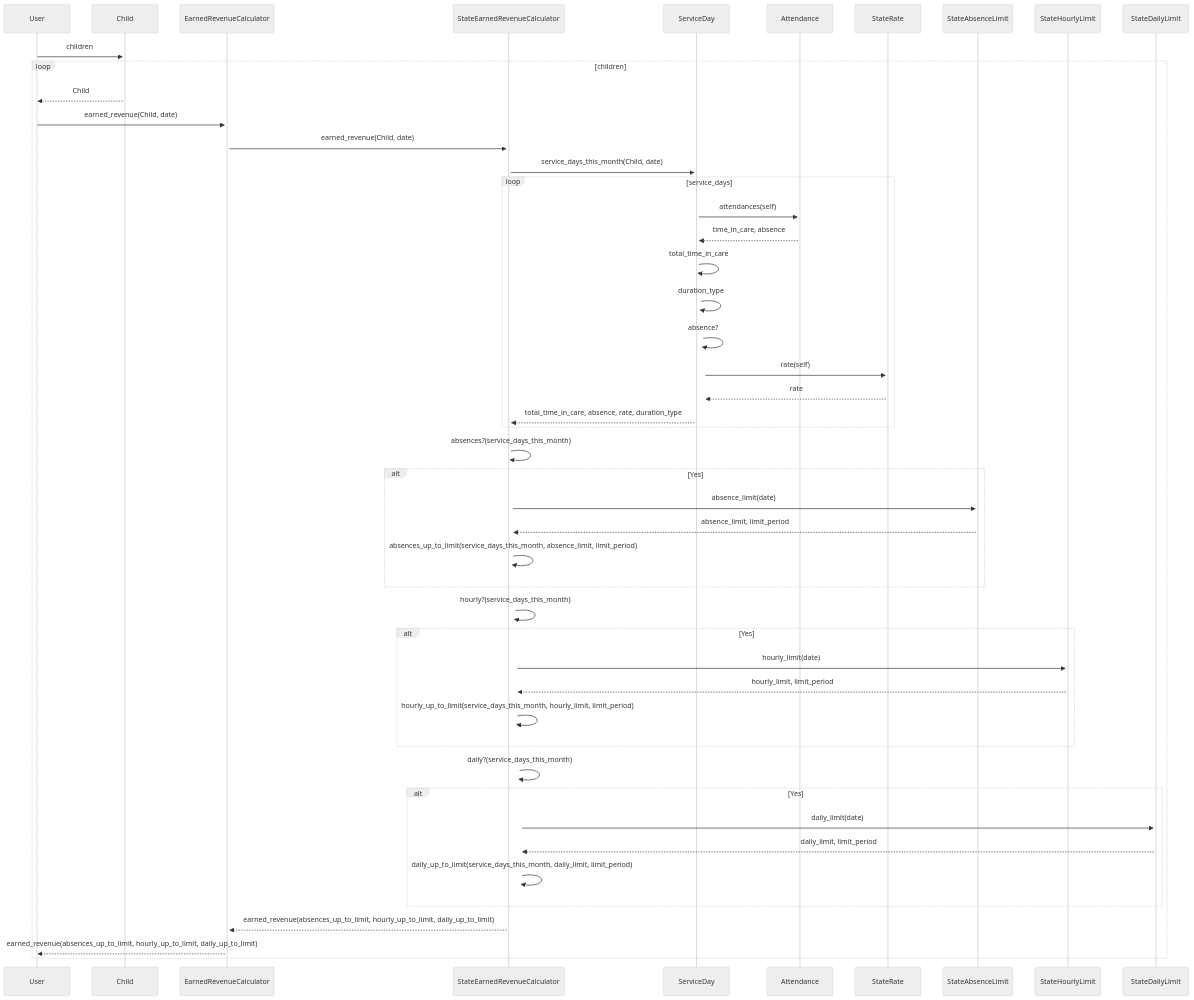
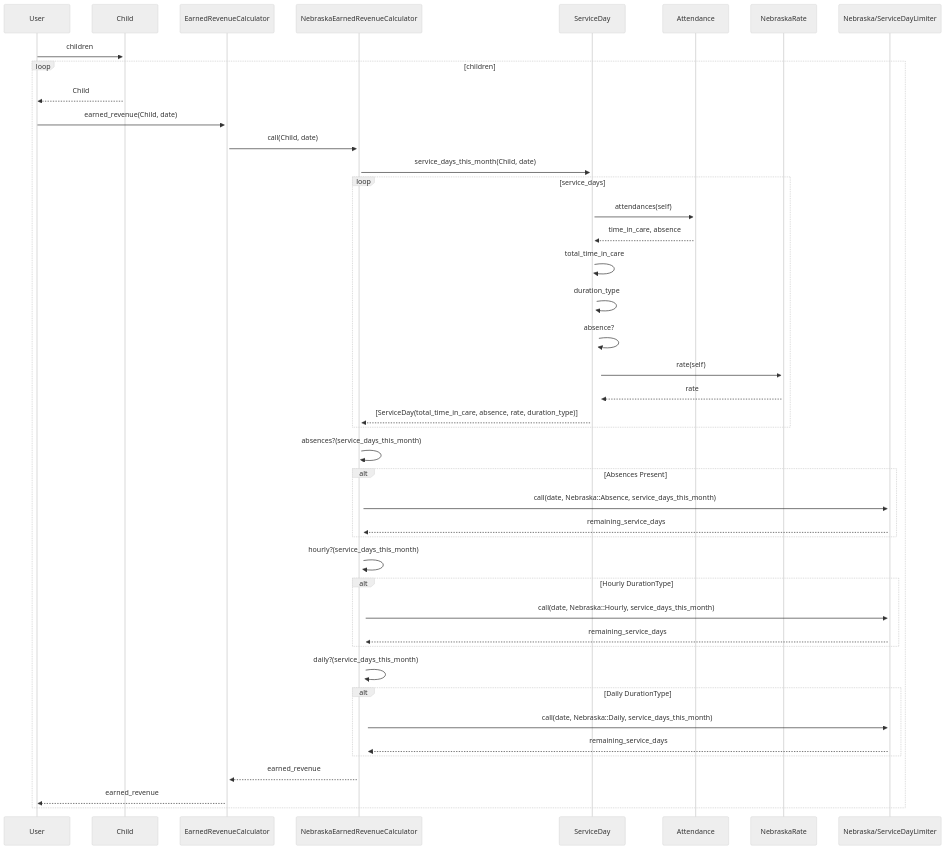
One commit to pieforproviders/pieforproviders changed the diagram in docs/diagrams/nebraska/earned_revenue/sequence.mmd. Above: the diagram before and after it, drawn with Mermaid (neutral theme). The commit also changed 10 other files, not shown here.

Commit message:
Adds Nebraska Limit table and Absence inherited limit

```diff
--- a/docs/diagrams/nebraska/earned_revenue/sequence.mmd
+++ b/docs/diagrams/nebraska/earned_revenue/sequence.mmd
@@ -1,51 +1,45 @@
 sequenceDiagram
-    %% All "State" prefixed classes will belong to a State and will be named [State]Class in order to differentiate, because the logic and data may be different between states e.g. NebraskaDurationLimit, etc.
-
     %% User loops children to request earned revenue for each
     User->>+Child: children
     loop children
       Child-->>User: Child
       %% User requests earned_revenue for each child
       User->>+EarnedRevenueCalculator: earned_revenue(Child, date)
       
-      %% EarnedRevenueCalculator determines the right [State]EarnedRevenueCalculator
+      %% EarnedRevenueCalculator determines the right [Nebraska]EarnedRevenueCalculator
       %% based on the User's state, then requests earned_revenue for each child
-      EarnedRevenueCalculator->>+StateEarnedRevenueCalculator: earned_revenue(Child, date)
+      EarnedRevenueCalculator->>+NebraskaEarnedRevenueCalculator: call(Child, date)
 
-      StateEarnedRevenueCalculator->>+ServiceDay: service_days_this_month(Child, date)
+      NebraskaEarnedRevenueCalculator->>+ServiceDay: service_days_this_month(Child, date)
       loop service_days
         ServiceDay->>+Attendance: attendances(self)
         Attendance-->>ServiceDay: time_in_care, absence
         ServiceDay->>+ServiceDay: total_time_in_care
         ServiceDay->>+ServiceDay: duration_type
         ServiceDay->>+ServiceDay: absence?
-        ServiceDay->>+StateRate: rate(self)
-        %% StateRate.where(region:).where(max_age:).where(enrolled_in_school:).where(accredited:).where(qris_rating:).(license_type:).where(duration:)
-        StateRate-->>ServiceDay: rate
-        ServiceDay-->>StateEarnedRevenueCalculator: total_time_in_care, absence, rate, duration_type
+        ServiceDay->>+NebraskaRate: rate(self)
+        %% NebraskaRate.where(region:).where(max_age:).where(enrolled_in_school:).where(accredited:).where(qris_rating:).(license_type:).where(duration:)
+        NebraskaRate-->>ServiceDay: rate
+        ServiceDay-->>NebraskaEarnedRevenueCalculator: [ServiceDay(total_time_in_care, absence, rate, duration_type)]
       end
-      %% the limits might need more work - if we have limits for hours per week, hours per month, hours per service period, this might require pulling all attendances for those periods to check against
       %% Are there any absences in the service_days list?
-      StateEarnedRevenueCalculator->>+StateEarnedRevenueCalculator: absences?(service_days_this_month)
-      alt Yes
-          StateEarnedRevenueCalculator->>+StateAbsenceLimit: absence_limit(date)
-          StateAbsenceLimit-->>StateEarnedRevenueCalculator: absence_limit, limit_period
-          StateEarnedRevenueCalculator->>+StateEarnedRevenueCalculator: absences_up_to_limit(service_days_this_month, absence_limit, limit_period)
+      NebraskaEarnedRevenueCalculator->>+NebraskaEarnedRevenueCalculator: absences?(service_days_this_month)
+      alt Absences Present
+          NebraskaEarnedRevenueCalculator->>+Nebraska/ServiceDayLimiter: call(date, Nebraska::Absence, service_days_this_month)
+          Nebraska/ServiceDayLimiter-->>NebraskaEarnedRevenueCalculator: remaining_service_days
       end
       %% Are there any hourly durations in the service_days list?
-      StateEarnedRevenueCalculator->>+StateEarnedRevenueCalculator: hourly?(service_days_this_month)
-      alt Yes
-          StateEarnedRevenueCalculator->>+StateHourlyLimit: hourly_limit(date)
-          StateHourlyLimit-->>StateEarnedRevenueCalculator: hourly_limit, limit_period
-          StateEarnedRevenueCalculator->>+StateEarnedRevenueCalculator: hourly_up_to_limit(service_days_this_month, hourly_limit, limit_period)
+      NebraskaEarnedRevenueCalculator->>+NebraskaEarnedRevenueCalculator: hourly?(service_days_this_month)
+      alt Hourly DurationType
+          NebraskaEarnedRevenueCalculator->>+Nebraska/ServiceDayLimiter: call(date, Nebraska::Hourly, service_days_this_month)
+          Nebraska/ServiceDayLimiter-->>NebraskaEarnedRevenueCalculator: remaining_service_days
       end
       %% Are there any daily durations in the service_days list?
-      StateEarnedRevenueCalculator->>+StateEarnedRevenueCalculator: daily?(service_days_this_month)
-      alt Yes
-          StateEarnedRevenueCalculator->>+StateDailyLimit: daily_limit(date)
-          StateDailyLimit-->>StateEarnedRevenueCalculator: daily_limit, limit_period
-          StateEarnedRevenueCalculator->>+StateEarnedRevenueCalculator: daily_up_to_limit(service_days_this_month, daily_limit, limit_period)
+      NebraskaEarnedRevenueCalculator->>+NebraskaEarnedRevenueCalculator: daily?(service_days_this_month)
+      alt Daily DurationType
+          NebraskaEarnedRevenueCalculator->>+Nebraska/ServiceDayLimiter: call(date, Nebraska::Daily, service_days_this_month)
+          Nebraska/ServiceDayLimiter-->>NebraskaEarnedRevenueCalculator: remaining_service_days
       end
-      StateEarnedRevenueCalculator-->>EarnedRevenueCalculator: earned_revenue(absences_up_to_limit, hourly_up_to_limit, daily_up_to_limit)
-      EarnedRevenueCalculator-->>User: earned_revenue(absences_up_to_limit, hourly_up_to_limit, daily_up_to_limit)
+      NebraskaEarnedRevenueCalculator-->>EarnedRevenueCalculator: earned_revenue
+      EarnedRevenueCalculator-->>User: earned_revenue
     end
```
